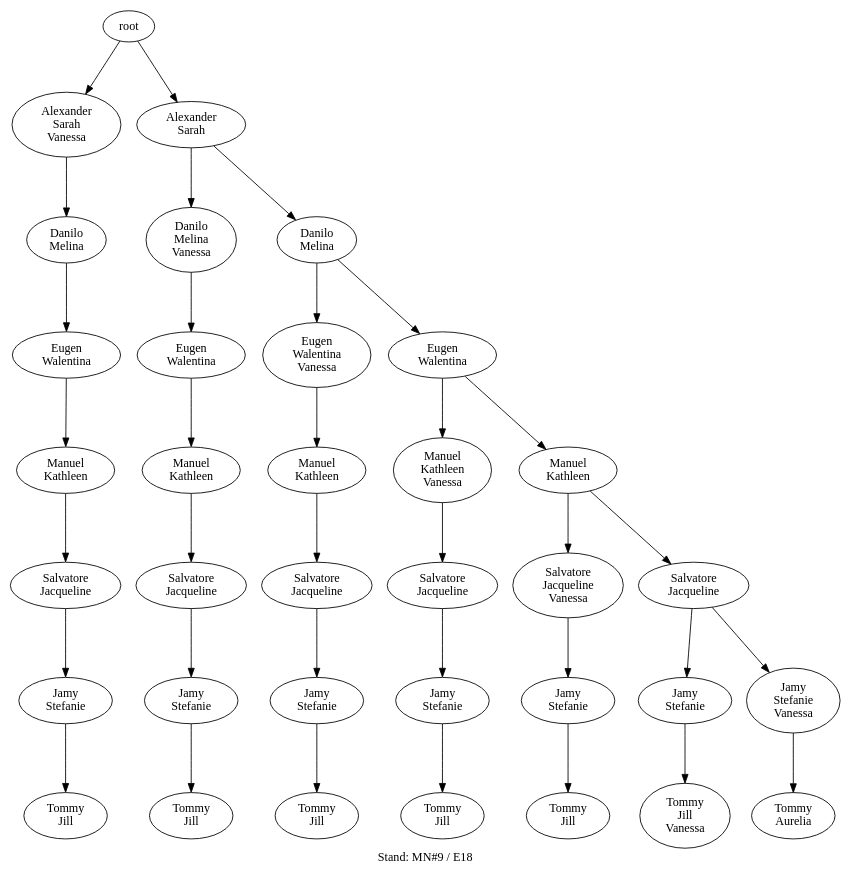
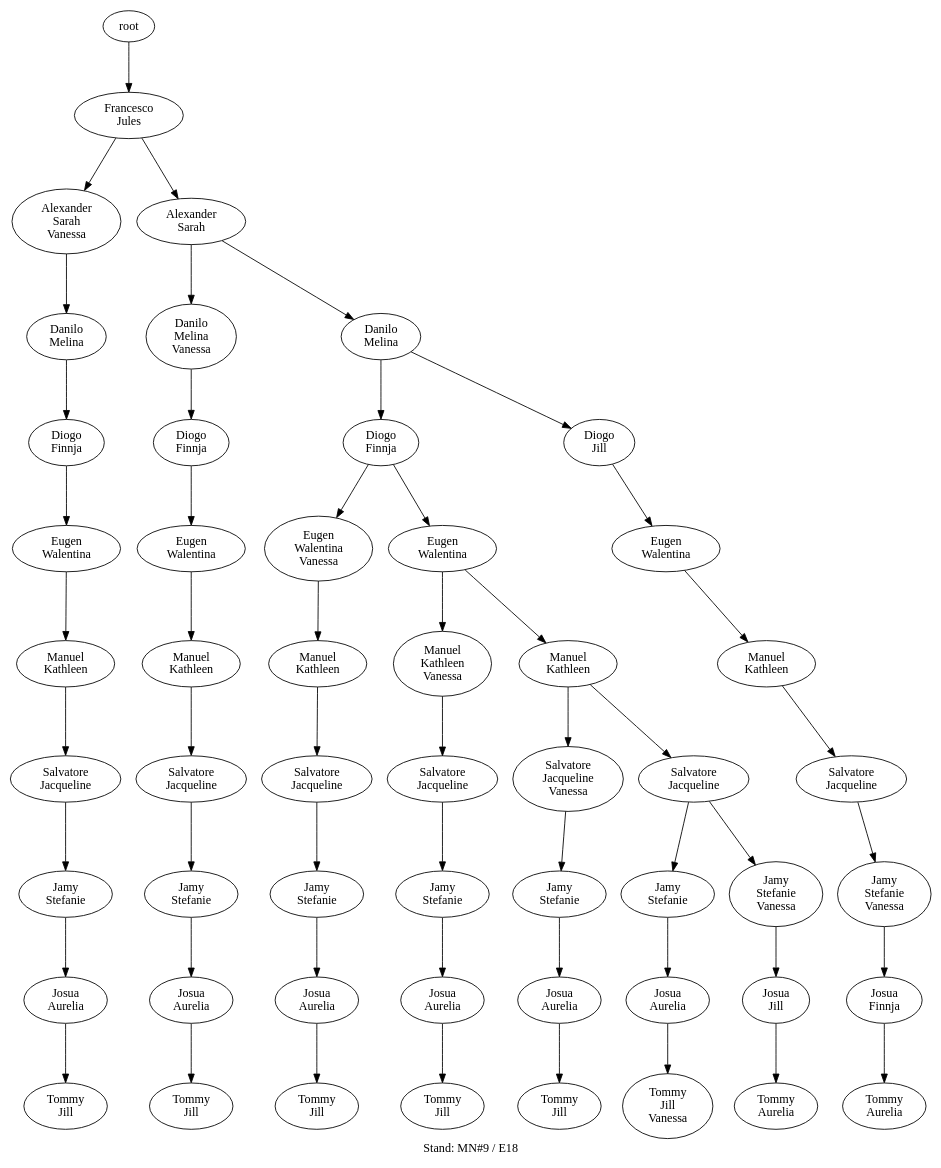
Before and after one commit to atticus-sullivan/sim-ayto: the diagram in data/de01r/de01r_18_tree.dot, drawn with Graphviz. The commit also changed 192 other files, not shown here.

```diff
--- a/data/de01r/de01r_18_tree.dot
+++ b/data/de01r/de01r_18_tree.dot
@@ -1,70 +1,106 @@
 digraph D { labelloc="b"; label="Stand: MN#9 / E18"; ranksep=0.8;
-"root/10001000000"[label="Alexander\nSarah\nVanessa"]
-"root" -> "root/10001000000";
-"root/10001000000/100000"[label="Danilo\nMelina"]
-"root/10001000000" -> "root/10001000000/100000";
-"root/10001000000/100000/100000000"[label="Eugen\nWalentina"]
-"root/10001000000/100000" -> "root/10001000000/100000/100000000";
-"root/10001000000/100000/100000000/10000"[label="Manuel\nKathleen"]
-"root/10001000000/100000/100000000" -> "root/10001000000/100000/100000000/10000";
-"root/10001000000/100000/100000000/10000/100"[label="Salvatore\nJacqueline"]
-"root/10001000000/100000/100000000/10000" -> "root/10001000000/100000/100000000/10000/100";
-"root/10001000000/100000/100000000/10000/100/10000000"[label="Jamy\nStefanie"]
-"root/10001000000/100000/100000000/10000/100" -> "root/10001000000/100000/100000000/10000/100/10000000";
-"root/10001000000/100000/100000000/10000/100/10000000/1000"[label="Tommy\nJill"]
-"root/10001000000/100000/100000000/10000/100/10000000" -> "root/10001000000/100000/100000000/10000/100/10000000/1000";
-"root/1000000"[label="Alexander\nSarah"]
-"root" -> "root/1000000";
-"root/1000000/10000100000"[label="Danilo\nMelina\nVanessa"]
-"root/1000000" -> "root/1000000/10000100000";
-"root/1000000/10000100000/100000000"[label="Eugen\nWalentina"]
-"root/1000000/10000100000" -> "root/1000000/10000100000/100000000";
-"root/1000000/10000100000/100000000/10000"[label="Manuel\nKathleen"]
-"root/1000000/10000100000/100000000" -> "root/1000000/10000100000/100000000/10000";
-"root/1000000/10000100000/100000000/10000/100"[label="Salvatore\nJacqueline"]
-"root/1000000/10000100000/100000000/10000" -> "root/1000000/10000100000/100000000/10000/100";
-"root/1000000/10000100000/100000000/10000/100/10000000"[label="Jamy\nStefanie"]
-"root/1000000/10000100000/100000000/10000/100" -> "root/1000000/10000100000/100000000/10000/100/10000000";
-"root/1000000/10000100000/100000000/10000/100/10000000/1000"[label="Tommy\nJill"]
-"root/1000000/10000100000/100000000/10000/100/10000000" -> "root/1000000/10000100000/100000000/10000/100/10000000/1000";
-"root/1000000/100000"[label="Danilo\nMelina"]
-"root/1000000" -> "root/1000000/100000";
-"root/1000000/100000/10100000000"[label="Eugen\nWalentina\nVanessa"]
-"root/1000000/100000" -> "root/1000000/100000/10100000000";
-"root/1000000/100000/10100000000/10000"[label="Manuel\nKathleen"]
-"root/1000000/100000/10100000000" -> "root/1000000/100000/10100000000/10000";
-"root/1000000/100000/10100000000/10000/100"[label="Salvatore\nJacqueline"]
-"root/1000000/100000/10100000000/10000" -> "root/1000000/100000/10100000000/10000/100";
-"root/1000000/100000/10100000000/10000/100/10000000"[label="Jamy\nStefanie"]
-"root/1000000/100000/10100000000/10000/100" -> "root/1000000/100000/10100000000/10000/100/10000000";
-"root/1000000/100000/10100000000/10000/100/10000000/1000"[label="Tommy\nJill"]
-"root/1000000/100000/10100000000/10000/100/10000000" -> "root/1000000/100000/10100000000/10000/100/10000000/1000";
-"root/1000000/100000/100000000"[label="Eugen\nWalentina"]
-"root/1000000/100000" -> "root/1000000/100000/100000000";
-"root/1000000/100000/100000000/10000010000"[label="Manuel\nKathleen\nVanessa"]
-"root/1000000/100000/100000000" -> "root/1000000/100000/100000000/10000010000";
-"root/1000000/100000/100000000/10000010000/100"[label="Salvatore\nJacqueline"]
-"root/1000000/100000/100000000/10000010000" -> "root/1000000/100000/100000000/10000010000/100";
-"root/1000000/100000/100000000/10000010000/100/10000000"[label="Jamy\nStefanie"]
-"root/1000000/100000/100000000/10000010000/100" -> "root/1000000/100000/100000000/10000010000/100/10000000";
-"root/1000000/100000/100000000/10000010000/100/10000000/1000"[label="Tommy\nJill"]
-"root/1000000/100000/100000000/10000010000/100/10000000" -> "root/1000000/100000/100000000/10000010000/100/10000000/1000";
-"root/1000000/100000/100000000/10000"[label="Manuel\nKathleen"]
-"root/1000000/100000/100000000" -> "root/1000000/100000/100000000/10000";
-"root/1000000/100000/100000000/10000/10000000100"[label="Salvatore\nJacqueline\nVanessa"]
-"root/1000000/100000/100000000/10000" -> "root/1000000/100000/100000000/10000/10000000100";
-"root/1000000/100000/100000000/10000/10000000100/10000000"[label="Jamy\nStefanie"]
-"root/1000000/100000/100000000/10000/10000000100" -> "root/1000000/100000/100000000/10000/10000000100/10000000";
-"root/1000000/100000/100000000/10000/10000000100/10000000/1000"[label="Tommy\nJill"]
-"root/1000000/100000/100000000/10000/10000000100/10000000" -> "root/1000000/100000/100000000/10000/10000000100/10000000/1000";
-"root/1000000/100000/100000000/10000/100"[label="Salvatore\nJacqueline"]
-"root/1000000/100000/100000000/10000" -> "root/1000000/100000/100000000/10000/100";
-"root/1000000/100000/100000000/10000/100/10000000"[label="Jamy\nStefanie"]
-"root/1000000/100000/100000000/10000/100" -> "root/1000000/100000/100000000/10000/100/10000000";
-"root/1000000/100000/100000000/10000/100/10000000/10000001000"[label="Tommy\nJill\nVanessa"]
-"root/1000000/100000/100000000/10000/100/10000000" -> "root/1000000/100000/100000000/10000/100/10000000/10000001000";
-"root/1000000/100000/100000000/10000/100/10010000000"[label="Jamy\nStefanie\nVanessa"]
-"root/1000000/100000/100000000/10000/100" -> "root/1000000/100000/100000000/10000/100/10010000000";
-"root/1000000/100000/100000000/10000/100/10010000000/1"[label="Tommy\nAurelia"]
-"root/1000000/100000/100000000/10000/100/10010000000" -> "root/1000000/100000/100000000/10000/100/10010000000/1";
+"root/1000000000"[label="Francesco\nJules"]
+"root" -> "root/1000000000";
+"root/1000000000/10001000000"[label="Alexander\nSarah\nVanessa"]
+"root/1000000000" -> "root/1000000000/10001000000";
+"root/1000000000/10001000000/100000"[label="Danilo\nMelina"]
+"root/1000000000/10001000000" -> "root/1000000000/10001000000/100000";
+"root/1000000000/10001000000/100000/10"[label="Diogo\nFinnja"]
+"root/1000000000/10001000000/100000" -> "root/1000000000/10001000000/100000/10";
+"root/1000000000/10001000000/100000/10/100000000"[label="Eugen\nWalentina"]
+"root/1000000000/10001000000/100000/10" -> "root/1000000000/10001000000/100000/10/100000000";
+"root/1000000000/10001000000/100000/10/100000000/10000"[label="Manuel\nKathleen"]
+"root/1000000000/10001000000/100000/10/100000000" -> "root/1000000000/10001000000/100000/10/100000000/10000";
+"root/1000000000/10001000000/100000/10/100000000/10000/100"[label="Salvatore\nJacqueline"]
+"root/1000000000/10001000000/100000/10/100000000/10000" -> "root/1000000000/10001000000/100000/10/100000000/10000/100";
+"root/1000000000/10001000000/100000/10/100000000/10000/100/10000000"[label="Jamy\nStefanie"]
+"root/1000000000/10001000000/100000/10/100000000/10000/100" -> "root/1000000000/10001000000/100000/10/100000000/10000/100/10000000";
+"root/1000000000/10001000000/100000/10/100000000/10000/100/10000000/1"[label="Josua\nAurelia"]
+"root/1000000000/10001000000/100000/10/100000000/10000/100/10000000" -> "root/1000000000/10001000000/100000/10/100000000/10000/100/10000000/1";
+"root/1000000000/10001000000/100000/10/100000000/10000/100/10000000/1/1000"[label="Tommy\nJill"]
+"root/1000000000/10001000000/100000/10/100000000/10000/100/10000000/1" -> "root/1000000000/10001000000/100000/10/100000000/10000/100/10000000/1/1000";
+"root/1000000000/1000000"[label="Alexander\nSarah"]
+"root/1000000000" -> "root/1000000000/1000000";
+"root/1000000000/1000000/10000100000"[label="Danilo\nMelina\nVanessa"]
+"root/1000000000/1000000" -> "root/1000000000/1000000/10000100000";
+"root/1000000000/1000000/10000100000/10"[label="Diogo\nFinnja"]
+"root/1000000000/1000000/10000100000" -> "root/1000000000/1000000/10000100000/10";
+"root/1000000000/1000000/10000100000/10/100000000"[label="Eugen\nWalentina"]
+"root/1000000000/1000000/10000100000/10" -> "root/1000000000/1000000/10000100000/10/100000000";
+"root/1000000000/1000000/10000100000/10/100000000/10000"[label="Manuel\nKathleen"]
+"root/1000000000/1000000/10000100000/10/100000000" -> "root/1000000000/1000000/10000100000/10/100000000/10000";
+"root/1000000000/1000000/10000100000/10/100000000/10000/100"[label="Salvatore\nJacqueline"]
+"root/1000000000/1000000/10000100000/10/100000000/10000" -> "root/1000000000/1000000/10000100000/10/100000000/10000/100";
+"root/1000000000/1000000/10000100000/10/100000000/10000/100/10000000"[label="Jamy\nStefanie"]
+"root/1000000000/1000000/10000100000/10/100000000/10000/100" -> "root/1000000000/1000000/10000100000/10/100000000/10000/100/10000000";
+"root/1000000000/1000000/10000100000/10/100000000/10000/100/10000000/1"[label="Josua\nAurelia"]
+"root/1000000000/1000000/10000100000/10/100000000/10000/100/10000000" -> "root/1000000000/1000000/10000100000/10/100000000/10000/100/10000000/1";
+"root/1000000000/1000000/10000100000/10/100000000/10000/100/10000000/1/1000"[label="Tommy\nJill"]
+"root/1000000000/1000000/10000100000/10/100000000/10000/100/10000000/1" -> "root/1000000000/1000000/10000100000/10/100000000/10000/100/10000000/1/1000";
+"root/1000000000/1000000/100000"[label="Danilo\nMelina"]
+"root/1000000000/1000000" -> "root/1000000000/1000000/100000";
+"root/1000000000/1000000/100000/10"[label="Diogo\nFinnja"]
+"root/1000000000/1000000/100000" -> "root/1000000000/1000000/100000/10";
+"root/1000000000/1000000/100000/10/10100000000"[label="Eugen\nWalentina\nVanessa"]
+"root/1000000000/1000000/100000/10" -> "root/1000000000/1000000/100000/10/10100000000";
+"root/1000000000/1000000/100000/10/10100000000/10000"[label="Manuel\nKathleen"]
+"root/1000000000/1000000/100000/10/10100000000" -> "root/1000000000/1000000/100000/10/10100000000/10000";
+"root/1000000000/1000000/100000/10/10100000000/10000/100"[label="Salvatore\nJacqueline"]
+"root/1000000000/1000000/100000/10/10100000000/10000" -> "root/1000000000/1000000/100000/10/10100000000/10000/100";
+"root/1000000000/1000000/100000/10/10100000000/10000/100/10000000"[label="Jamy\nStefanie"]
+"root/1000000000/1000000/100000/10/10100000000/10000/100" -> "root/1000000000/1000000/100000/10/10100000000/10000/100/10000000";
+"root/1000000000/1000000/100000/10/10100000000/10000/100/10000000/1"[label="Josua\nAurelia"]
+"root/1000000000/1000000/100000/10/10100000000/10000/100/10000000" -> "root/1000000000/1000000/100000/10/10100000000/10000/100/10000000/1";
+"root/1000000000/1000000/100000/10/10100000000/10000/100/10000000/1/1000"[label="Tommy\nJill"]
+"root/1000000000/1000000/100000/10/10100000000/10000/100/10000000/1" -> "root/1000000000/1000000/100000/10/10100000000/10000/100/10000000/1/1000";
+"root/1000000000/1000000/100000/10/100000000"[label="Eugen\nWalentina"]
+"root/1000000000/1000000/100000/10" -> "root/1000000000/1000000/100000/10/100000000";
+"root/1000000000/1000000/100000/10/100000000/10000010000"[label="Manuel\nKathleen\nVanessa"]
+"root/1000000000/1000000/100000/10/100000000" -> "root/1000000000/1000000/100000/10/100000000/10000010000";
+"root/1000000000/1000000/100000/10/100000000/10000010000/100"[label="Salvatore\nJacqueline"]
+"root/1000000000/1000000/100000/10/100000000/10000010000" -> "root/1000000000/1000000/100000/10/100000000/10000010000/100";
+"root/1000000000/1000000/100000/10/100000000/10000010000/100/10000000"[label="Jamy\nStefanie"]
+"root/1000000000/1000000/100000/10/100000000/10000010000/100" -> "root/1000000000/1000000/100000/10/100000000/10000010000/100/10000000";
+"root/1000000000/1000000/100000/10/100000000/10000010000/100/10000000/1"[label="Josua\nAurelia"]
+"root/1000000000/1000000/100000/10/100000000/10000010000/100/10000000" -> "root/1000000000/1000000/100000/10/100000000/10000010000/100/10000000/1";
+"root/1000000000/1000000/100000/10/100000000/10000010000/100/10000000/1/1000"[label="Tommy\nJill"]
+"root/1000000000/1000000/100000/10/100000000/10000010000/100/10000000/1" -> "root/1000000000/1000000/100000/10/100000000/10000010000/100/10000000/1/1000";
+"root/1000000000/1000000/100000/10/100000000/10000"[label="Manuel\nKathleen"]
+"root/1000000000/1000000/100000/10/100000000" -> "root/1000000000/1000000/100000/10/100000000/10000";
+"root/1000000000/1000000/100000/10/100000000/10000/10000000100"[label="Salvatore\nJacqueline\nVanessa"]
+"root/1000000000/1000000/100000/10/100000000/10000" -> "root/1000000000/1000000/100000/10/100000000/10000/10000000100";
+"root/1000000000/1000000/100000/10/100000000/10000/10000000100/10000000"[label="Jamy\nStefanie"]
+"root/1000000000/1000000/100000/10/100000000/10000/10000000100" -> "root/1000000000/1000000/100000/10/100000000/10000/10000000100/10000000";
+"root/1000000000/1000000/100000/10/100000000/10000/10000000100/10000000/1"[label="Josua\nAurelia"]
+"root/1000000000/1000000/100000/10/100000000/10000/10000000100/10000000" -> "root/1000000000/1000000/100000/10/100000000/10000/10000000100/10000000/1";
+"root/1000000000/1000000/100000/10/100000000/10000/10000000100/10000000/1/1000"[label="Tommy\nJill"]
+"root/1000000000/1000000/100000/10/100000000/10000/10000000100/10000000/1" -> "root/1000000000/1000000/100000/10/100000000/10000/10000000100/10000000/1/1000";
+"root/1000000000/1000000/100000/10/100000000/10000/100"[label="Salvatore\nJacqueline"]
+"root/1000000000/1000000/100000/10/100000000/10000" -> "root/1000000000/1000000/100000/10/100000000/10000/100";
+"root/1000000000/1000000/100000/10/100000000/10000/100/10000000"[label="Jamy\nStefanie"]
+"root/1000000000/1000000/100000/10/100000000/10000/100" -> "root/1000000000/1000000/100000/10/100000000/10000/100/10000000";
+"root/1000000000/1000000/100000/10/100000000/10000/100/10000000/1"[label="Josua\nAurelia"]
+"root/1000000000/1000000/100000/10/100000000/10000/100/10000000" -> "root/1000000000/1000000/100000/10/100000000/10000/100/10000000/1";
+"root/1000000000/1000000/100000/10/100000000/10000/100/10000000/1/10000001000"[label="Tommy\nJill\nVanessa"]
+"root/1000000000/1000000/100000/10/100000000/10000/100/10000000/1" -> "root/1000000000/1000000/100000/10/100000000/10000/100/10000000/1/10000001000";
+"root/1000000000/1000000/100000/1000"[label="Diogo\nJill"]
+"root/1000000000/1000000/100000" -> "root/1000000000/1000000/100000/1000";
+"root/1000000000/1000000/100000/1000/100000000"[label="Eugen\nWalentina"]
+"root/1000000000/1000000/100000/1000" -> "root/1000000000/1000000/100000/1000/100000000";
+"root/1000000000/1000000/100000/1000/100000000/10000"[label="Manuel\nKathleen"]
+"root/1000000000/1000000/100000/1000/100000000" -> "root/1000000000/1000000/100000/1000/100000000/10000";
+"root/1000000000/1000000/100000/1000/100000000/10000/100"[label="Salvatore\nJacqueline"]
+"root/1000000000/1000000/100000/1000/100000000/10000" -> "root/1000000000/1000000/100000/1000/100000000/10000/100";
+"root/1000000000/1000000/100000/1000/100000000/10000/100/10010000000"[label="Jamy\nStefanie\nVanessa"]
+"root/1000000000/1000000/100000/1000/100000000/10000/100" -> "root/1000000000/1000000/100000/1000/100000000/10000/100/10010000000";
+"root/1000000000/1000000/100000/1000/100000000/10000/100/10010000000/10"[label="Josua\nFinnja"]
+"root/1000000000/1000000/100000/1000/100000000/10000/100/10010000000" -> "root/1000000000/1000000/100000/1000/100000000/10000/100/10010000000/10";
+"root/1000000000/1000000/100000/1000/100000000/10000/100/10010000000/10/1"[label="Tommy\nAurelia"]
+"root/1000000000/1000000/100000/1000/100000000/10000/100/10010000000/10" -> "root/1000000000/1000000/100000/1000/100000000/10000/100/10010000000/10/1";
+"root/1000000000/1000000/100000/10/100000000/10000/100/10010000000"[label="Jamy\nStefanie\nVanessa"]
+"root/1000000000/1000000/100000/10/100000000/10000/100" -> "root/1000000000/1000000/100000/10/100000000/10000/100/10010000000";
+"root/1000000000/1000000/100000/10/100000000/10000/100/10010000000/1000"[label="Josua\nJill"]
+"root/1000000000/1000000/100000/10/100000000/10000/100/10010000000" -> "root/1000000000/1000000/100000/10/100000000/10000/100/10010000000/1000";
+"root/1000000000/1000000/100000/10/100000000/10000/100/10010000000/1000/1"[label="Tommy\nAurelia"]
+"root/1000000000/1000000/100000/10/100000000/10000/100/10010000000/1000" -> "root/1000000000/1000000/100000/10/100000000/10000/100/10010000000/1000/1";
 }
```
